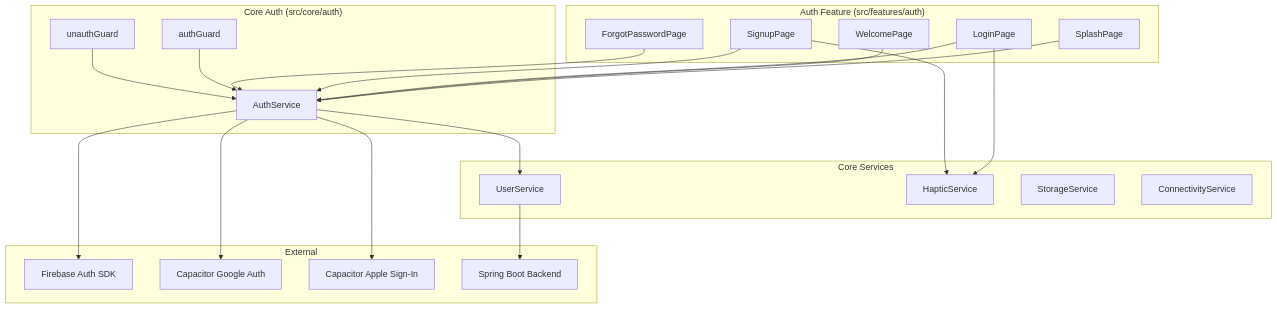
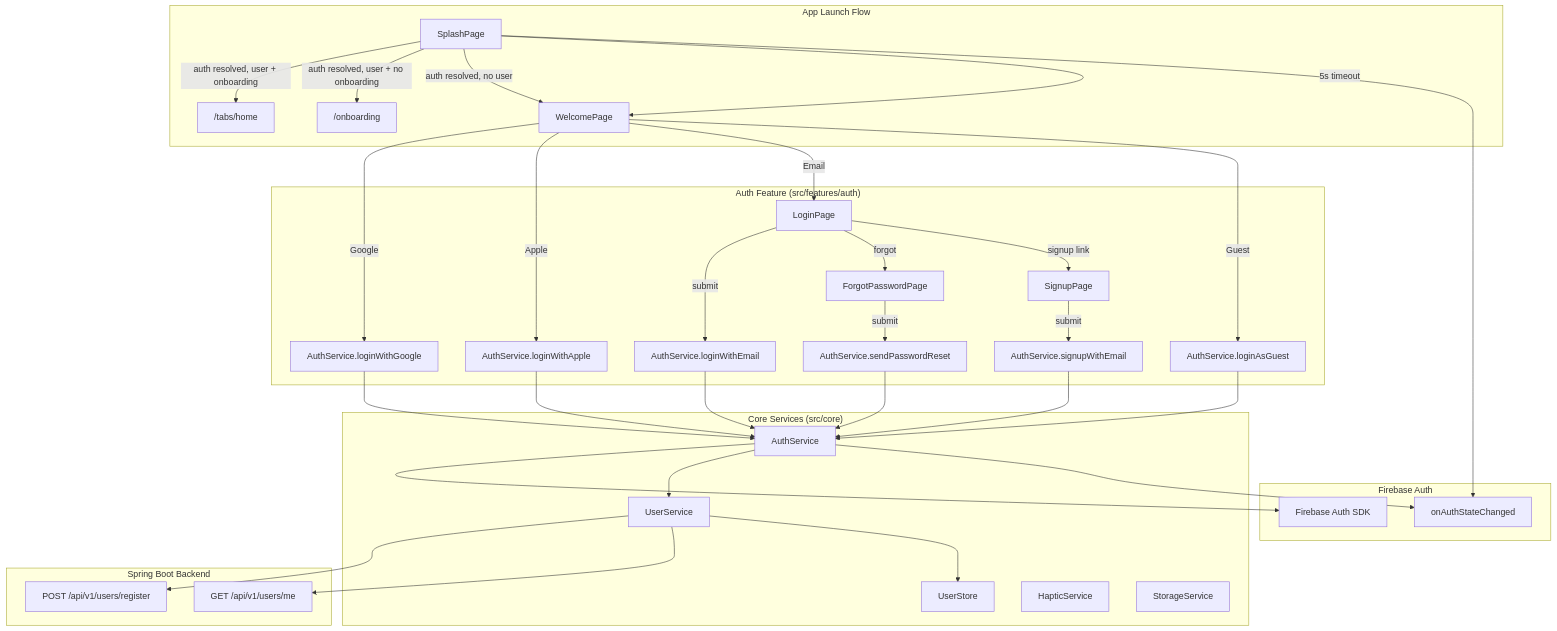
Before and after one commit to ayush-kumar-alterdomus/life-change: the first of 3 diagrams in .kiro/specs/ui-auth/design.md, drawn with Mermaid. The commit also changed other lines of this file and 94 other files, not shown here.

````diff
--- a/.kiro/specs/ui-auth/design.md
+++ b/.kiro/specs/ui-auth/design.md
@@ -17,49 +17,55 @@
 ```mermaid
 graph TD
-    subgraph AuthFeature["Auth Feature (src/features/auth)"]
-        SP[SplashPage]
-        WP[WelcomePage]
-        LP[LoginPage]
-        SUP[SignupPage]
-        FP[ForgotPasswordPage]
+    subgraph AppLaunch["App Launch Flow"]
+        SP[SplashPage] -->|auth resolved, user + onboarding| TabsHome["/tabs/home"]
+        SP -->|auth resolved, user + no onboarding| Onboarding["/onboarding"]
+        SP -->|auth resolved, no user| WS[WelcomePage]
+        SP -->|5s timeout| WS
     end
 
-    subgraph CoreAuth["Core Auth (src/core/auth)"]
-        AS[AuthService]
-        AG[authGuard]
-        UG[unauthGuard]
+    subgraph AuthFeature["Auth Feature (src/features/auth)"]
+        WS -->|Google| AS_Google[AuthService.loginWithGoogle]
+        WS -->|Apple| AS_Apple[AuthService.loginWithApple]
+        WS -->|Email| LP[LoginPage]
+        WS -->|Guest| AS_Guest[AuthService.loginAsGuest]
+        LP -->|submit| AS_Email[AuthService.loginWithEmail]
+        LP -->|forgot| FP[ForgotPasswordPage]
+        LP -->|signup link| SUP[SignupPage]
+        SUP -->|submit| AS_Signup[AuthService.signupWithEmail]
+        FP -->|submit| AS_Reset[AuthService.sendPasswordReset]
     end
 
-    subgraph CoreServices["Core Services"]
-        US[UserService]
-        HS[HapticService]
-        SS[StorageService]
-        CS[ConnectivityService]
+    subgraph CoreServices["Core Services (src/core)"]
+        AuthSvc[AuthService]
+        UserSvc[UserService]
+        US[UserStore]
+        HapSvc[HapticService]
+        StorSvc[StorageService]
     end
 
-    subgraph External["External"]
+    subgraph Firebase["Firebase Auth"]
         FA[Firebase Auth SDK]
-        CAP_G[Capacitor Google Auth]
-        CAP_A[Capacitor Apple Sign-In]
-        BE[Spring Boot Backend]
+        OASC[onAuthStateChanged]
     end
 
-    SP --> AS
-    WP --> AS
-    LP --> AS
-    SUP --> AS
-    FP --> AS
+    subgraph Backend["Spring Boot Backend"]
+        BE_Register["POST /api/v1/users/register"]
+        BE_Me["GET /api/v1/users/me"]
+    end
 
-    AS --> FA
-    AS --> CAP_G
-    AS --> CAP_A
-    AS --> US
+    AS_Google --> AuthSvc
+    AS_Apple --> AuthSvc
+    AS_Email --> AuthSvc
+    AS_Guest --> AuthSvc
+    AS_Signup --> AuthSvc
+    AS_Reset --> AuthSvc
 
-    US --> BE
+    AuthSvc --> FA
+    AuthSvc --> UserSvc
+    UserSvc --> BE_Register
+    UserSvc --> BE_Me
+    UserSvc --> US
 
-    LP --> HS
-    SUP --> HS
-
-    AG --> AS
-    UG --> AS
+    SP --> OASC
+    AuthSvc --> OASC
 ```
````
